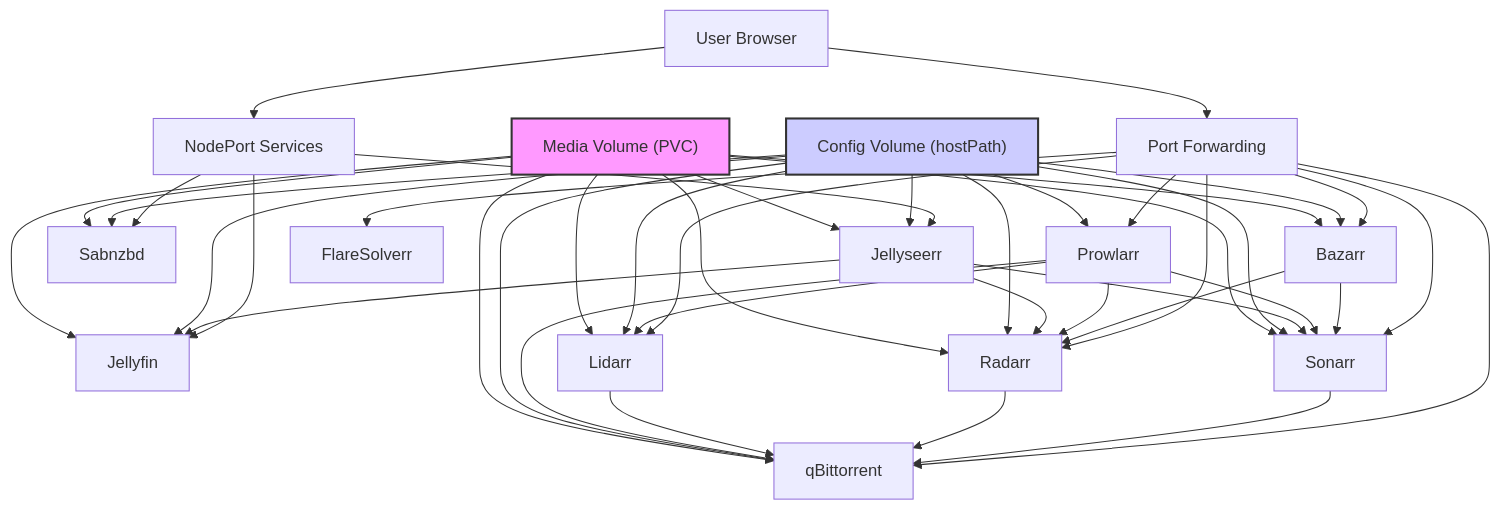
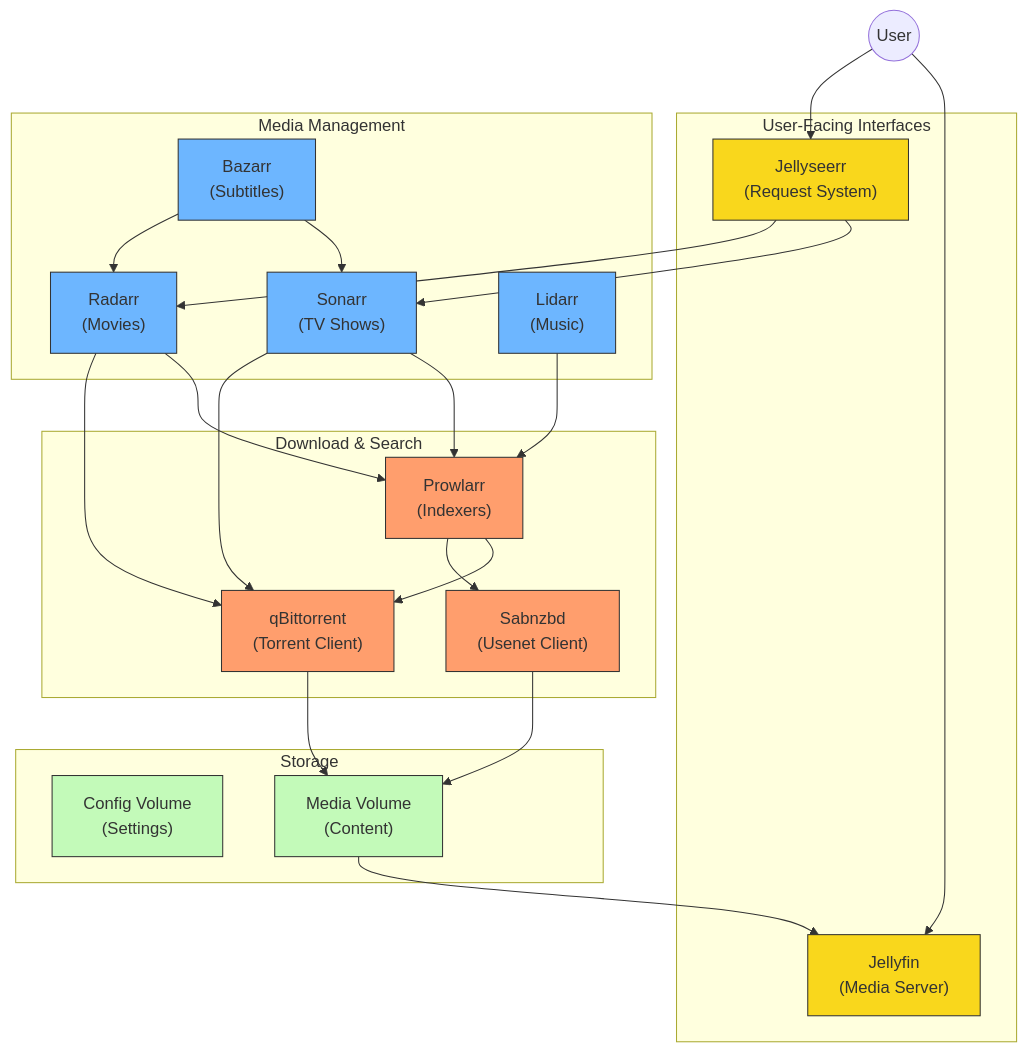
One commit to stravos97/torrentBox-kubernetes changed the diagram in README.md. Above: the diagram before and after it, drawn with Mermaid.

Commit message:
refactor: enhance diagram in README.md for better clarity and organization

````diff
--- a/README.md
+++ b/README.md
@@ -30,60 +30,66 @@
 ```mermaid
-graph TD
-    %% User Access Layer
-    User[User Browser] --> PortForward[Port Forwarding]
-    User --> NodePort[NodePort Services]
+graph TB
+    %% Main user access point
+    User((User))
     
-    %% NodePort Services (Direct User Access)
-    NodePort --> Jellyfin[Jellyfin]
-    NodePort --> Jellyseerr[Jellyseerr]
-    NodePort --> Sabnzbd[Sabnzbd]
+    %% Main functional groups
+    subgraph "User-Facing Interfaces"
+        Jellyfin["Jellyfin\n(Media Server)"]
+        Jellyseerr["Jellyseerr\n(Request System)"]
+    end
     
-    %% Port Forwarded Services
-    PortForward --> QBit[qBittorrent]
-    PortForward --> Sonarr[Sonarr]
-    PortForward --> Radarr[Radarr]
-    PortForward --> Lidarr[Lidarr]
-    PortForward --> Bazarr[Bazarr]
-    PortForward --> Prowlarr[Prowlarr]
-    PortForward --> FlareSolverr[FlareSolverr]
+    subgraph "Media Management"
+        Sonarr["Sonarr\n(TV Shows)"]
+        Radarr["Radarr\n(Movies)"]
+        Lidarr["Lidarr\n(Music)"]
+        Bazarr["Bazarr\n(Subtitles)"]
+    end
     
-    %% Application Connections
+    subgraph "Download & Search"
+        QBit["qBittorrent\n(Torrent Client)"]
+        Sabnzbd["Sabnzbd\n(Usenet Client)"]
+        Prowlarr["Prowlarr\n(Indexers)"]
+    end
+    
+    %% Storage
+    subgraph "Storage"
+        ConfigVol["Config Volume\n(Settings)"]
+        MediaVol["Media Volume\n(Content)"]
+    end
+    
+    %% Primary connections
+    User --> Jellyfin
+    User --> Jellyseerr
+    
+    Jellyseerr --> Sonarr
+    Jellyseerr --> Radarr
+    
+    Sonarr --> Prowlarr
+    Radarr --> Prowlarr
+    Lidarr --> Prowlarr
+    
+    Prowlarr --> QBit
+    Prowlarr --> Sabnzbd
+    
     Sonarr --> QBit
     Radarr --> QBit
-    Lidarr --> QBit
     
     Bazarr --> Sonarr
     Bazarr --> Radarr
     
-    Prowlarr --> Sonarr
-    Prowlarr --> Radarr
-    Prowlarr --> Lidarr
-    Prowlarr --> QBit
+    %% Content flow
+    QBit --> MediaVol
+    Sabnzbd --> MediaVol
+    MediaVol --> Jellyfin
     
-    Jellyseerr --> Jellyfin
-    Jellyseerr --> Sonarr
-    Jellyseerr --> Radarr
+    %% Style
+    classDef interfaces fill:#f9d71c,stroke:#333,stroke-width:1px
+    classDef management fill:#6db6ff,stroke:#333,stroke-width:1px
+    classDef download fill:#ff9e6d,stroke:#333,stroke-width:1px
+    classDef storage fill:#c3fab9,stroke:#333,stroke-width:1px
     
-    %% Storage
-    ConfigVolume["Config Volume (hostPath)"] --> QBit
-    ConfigVolume --> Sonarr
-    ConfigVolume --> Radarr
-    ConfigVolume --> Lidarr
-    ConfigVolume --> Bazarr
-    ConfigVolume --> Prowlarr
-    ConfigVolume --> Jellyfin
-    ConfigVolume --> Jellyseerr
-    ConfigVolume --> Sabnzbd
-    
-    MediaVolume["Media Volume (PVC)"] --> QBit
-    MediaVolume --> Sonarr
-    MediaVolume --> Radarr
-    MediaVolume --> Lidarr
-    MediaVolume --> Bazarr
-    MediaVolume --> Jellyfin
-    MediaVolume --> Jellyseerr
-    MediaVolume --> Sabnzbd
-    
-    style ConfigVolume fill:#ccf,stroke:#333,stroke-width:2px
-    style MediaVolume fill:#f9f,stroke:#333,stroke-width:2px
+    class Jellyfin,Jellyseerr interfaces
+    class Sonarr,Radarr,Lidarr,Bazarr management
+    class QBit,Sabnzbd,Prowlarr download
+    class ConfigVol,MediaVol storage
 ```
````
